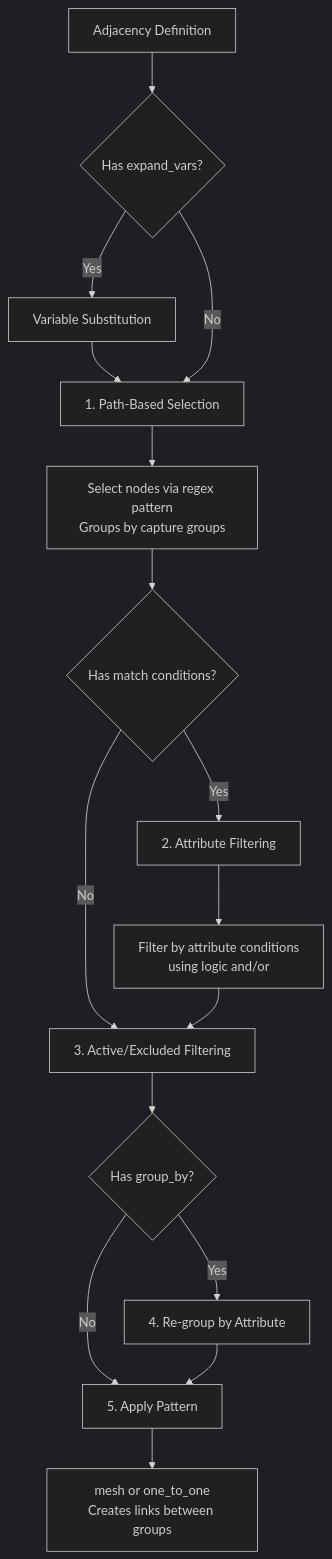
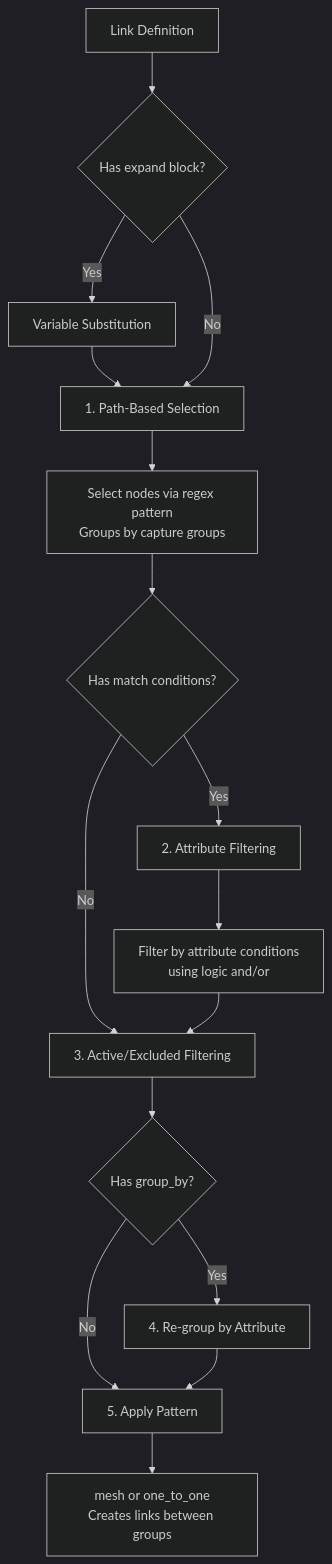
Before and after one commit to networmix/NetGraph: the first of 3 diagrams in docs/reference/dsl.md, drawn with Mermaid (dark theme). The commit also changed other lines of this file and 124 other files, not shown here.

````diff
--- a/docs/reference/dsl.md
+++ b/docs/reference/dsl.md
@@ -73,18 +73,18 @@
 ```mermaid
 flowchart TD
-    Start[Adjacency Definition] --> VarExpand{Has expand_vars?}
+    Start[Link Definition] --> VarExpand{Has expand block?}
     VarExpand -->|Yes| VarSubst[Variable Substitution]
     VarSubst --> PathFilter
     VarExpand -->|No| PathFilter[1. Path-Based Selection]
     PathFilter --> PathDesc[Select nodes via regex pattern<br/>Groups by capture groups]
     PathDesc --> MatchFilter{Has match conditions?}
     MatchFilter -->|Yes| AttrFilter[2. Attribute Filtering]
     MatchFilter -->|No| ActiveFilter
     AttrFilter --> AttrDesc[Filter by attribute conditions<br/>using logic and/or]
     AttrDesc --> ActiveFilter[3. Active/Excluded Filtering]
     ActiveFilter --> GroupBy{Has group_by?}
     GroupBy -->|Yes| Regroup[4. Re-group by Attribute]
     GroupBy -->|No| Pattern
     Regroup --> Pattern[5. Apply Pattern]
     Pattern --> PatternDesc[mesh or one_to_one<br/>Creates links between groups]
 ```
````
